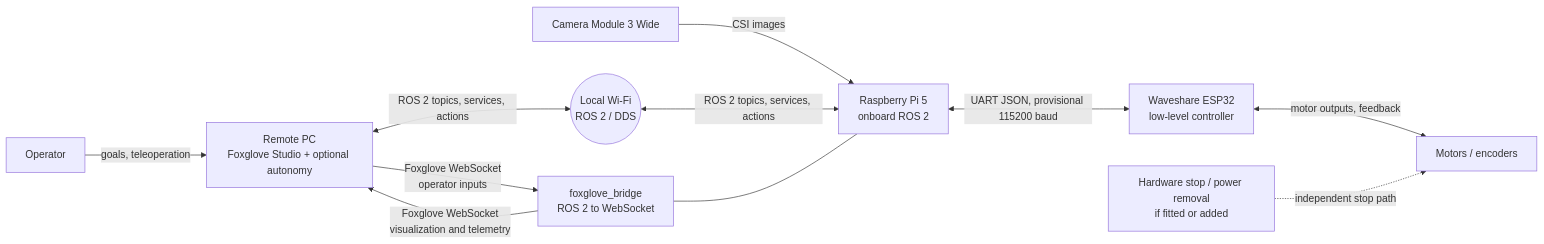
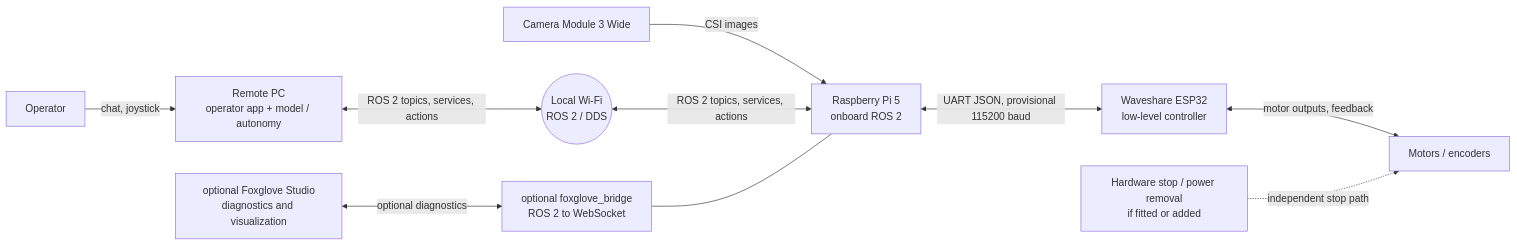
One commit to Dogmans/rover changed the first of 3 diagrams in docs/ROS_ARCHITECTURE.md. Above: the diagram before and after it, drawn with Mermaid. The commit also changed other lines of this file and 5 other files, not shown here.

Commit message:
docs: define rover autonomy and operator architecture

````diff
--- a/docs/ROS_ARCHITECTURE.md
+++ b/docs/ROS_ARCHITECTURE.md
@@ -15,23 +15,23 @@
 ```mermaid
 flowchart LR
     Operator[Operator]
-    PC[Remote PC\nFoxglove Studio + optional autonomy]
+    PC[Remote PC\noperator app + model / autonomy]
     WiFi((Local Wi-Fi\nROS 2 / DDS))
     Pi[Raspberry Pi 5\nonboard ROS 2]
     Camera[Camera Module 3 Wide]
-    Bridge[foxglove_bridge\nROS 2 to WebSocket]
+    Bridge[optional foxglove_bridge\nROS 2 to WebSocket]
+    Studio[optional Foxglove Studio\ndiagnostics and visualization]
     ESP[Waveshare ESP32\nlow-level controller]
     Drive[Motors / encoders]
     Safety[Hardware stop / power removal\nif fitted or added]
 
-    Operator -->|goals, teleoperation| PC
+    Operator -->|chat, joystick| PC
     Camera -->|CSI images| Pi
     PC <-->|ROS 2 topics, services, actions| WiFi
     WiFi <-->|ROS 2 topics, services, actions| Pi
-    PC -->|Foxglove WebSocket\noperator inputs| Bridge
-    Bridge -->|Foxglove WebSocket\nvisualization and telemetry| PC
+    Studio <-->|optional diagnostics| Bridge
     Bridge --- Pi
     Pi <-->|UART JSON, provisional 115200 baud| ESP
     ESP <-->|motor outputs, feedback| Drive
     Safety -.->|independent stop path| Drive
 ```
````
